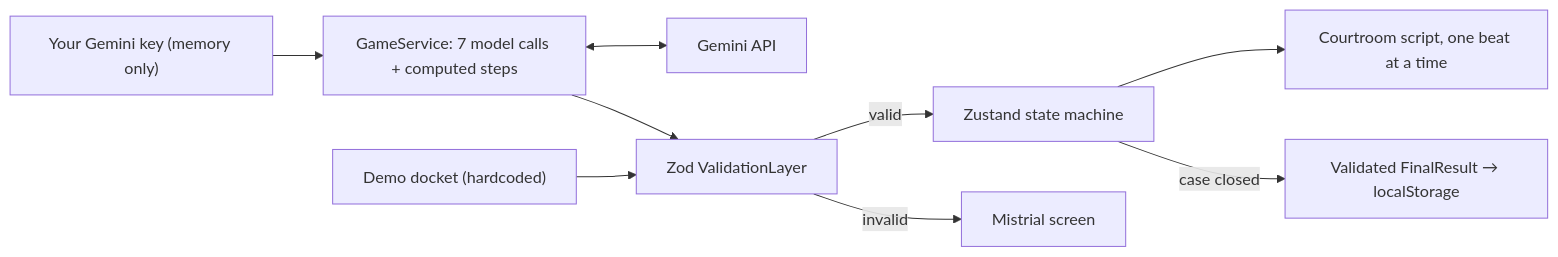
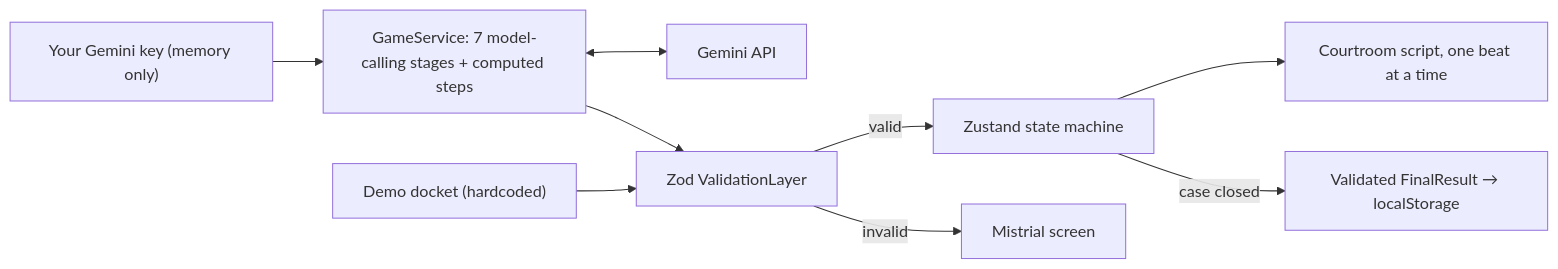
Before and after one commit to jcrump97/the-bench: the diagram in README.md, drawn with Mermaid. The commit also changed other lines of this file, not shown here.

````diff
--- a/README.md
+++ b/README.md
@@ -89,11 +105,11 @@
 ```mermaid
 flowchart LR
-    KEY["Your Gemini key (memory only)"] --> GS["GameService: 7 model calls + computed steps"]
+    KEY["Your Gemini key (memory only)"] --> GS["GameService: 7 model-calling stages + computed steps"]
     GS <--> LLM[Gemini API]
     DEMO["Demo docket (hardcoded)"] --> VL
     GS --> VL["Zod ValidationLayer"]
     VL -->|valid| STORE["Zustand state machine"]
     VL -->|invalid| ERR["Mistrial screen"]
     STORE --> SCRIPT["Courtroom script, one beat at a time"]
     STORE -->|case closed| ARCH["Validated FinalResult → localStorage"]
 ```
````
